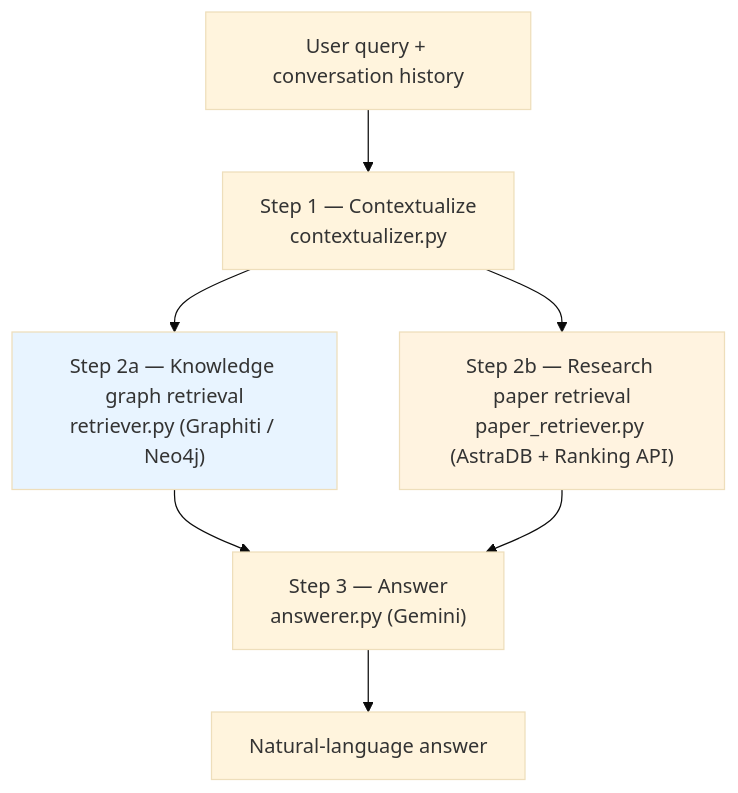
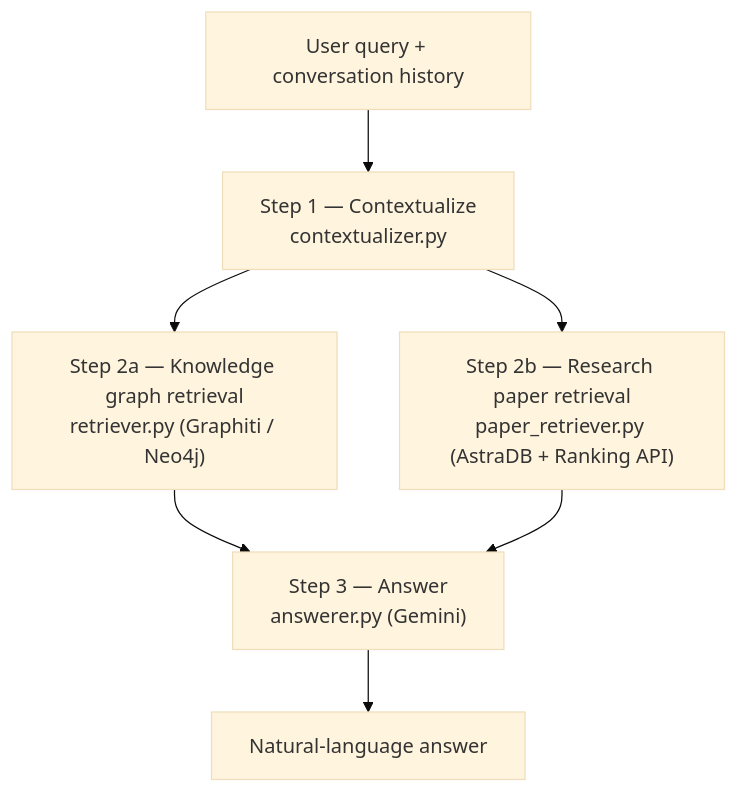
The first of 6 diagrams in Documentation/architecture/02_question_answering_pipeline.md (amosproj/amos2026ss03-ailixir-intelligence), drawn with Mermaid (base theme) before and after one commit.

Commit message:
Remove styles from diagram in QA pipeline documentation
Removed styles from the diagram in the question answering pipeline documentation.

````diff
--- a/Documentation/architecture/02_question_answering_pipeline.md
+++ b/Documentation/architecture/02_question_answering_pipeline.md
@@ -24,12 +24,10 @@
 ```mermaid
 flowchart TD
     Q["User query + conversation history"] --> C["Step 1 — Contextualize\ncontextualizer.py"]
     C --> R1["Step 2a — Knowledge graph retrieval\nretriever.py (Graphiti / Neo4j)"]
     C --> R2["Step 2b — Research paper retrieval\npaper_retriever.py (AstraDB + Ranking API)"]
     R1 --> A["Step 3 — Answer\nanswerer.py (Gemini)"]
     R2 --> A
     A --> Out["Natural-language answer"]
 
-    style R1 fill:#e8f4ff
-    style R2 fill:#fff3e0
 ```
````
